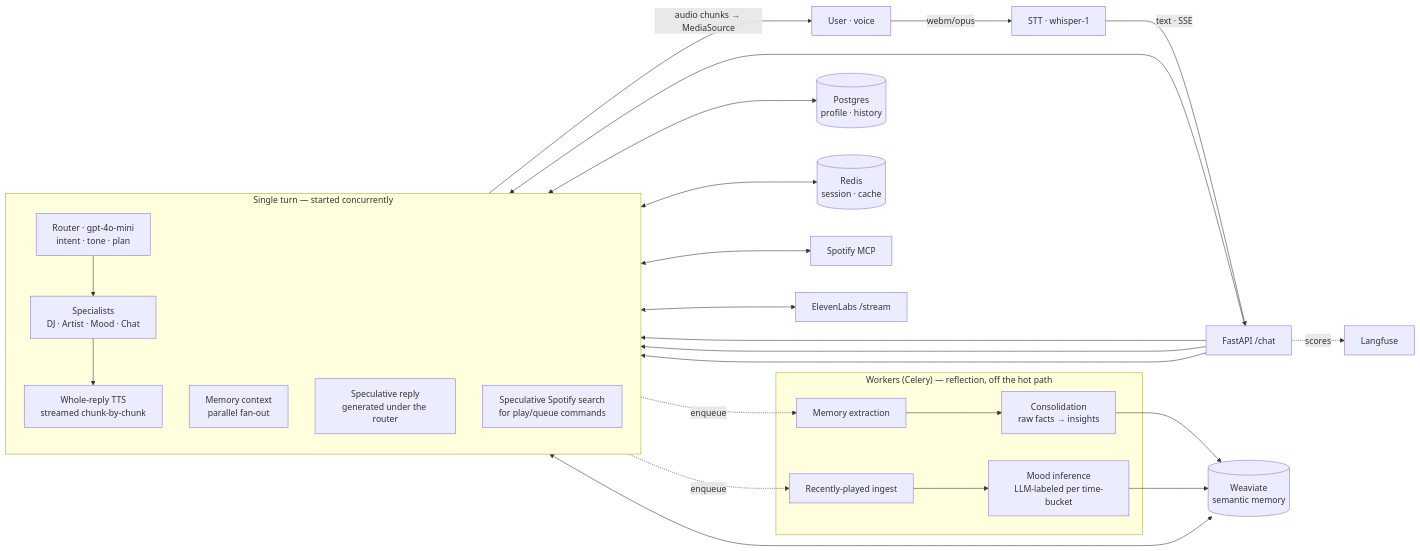
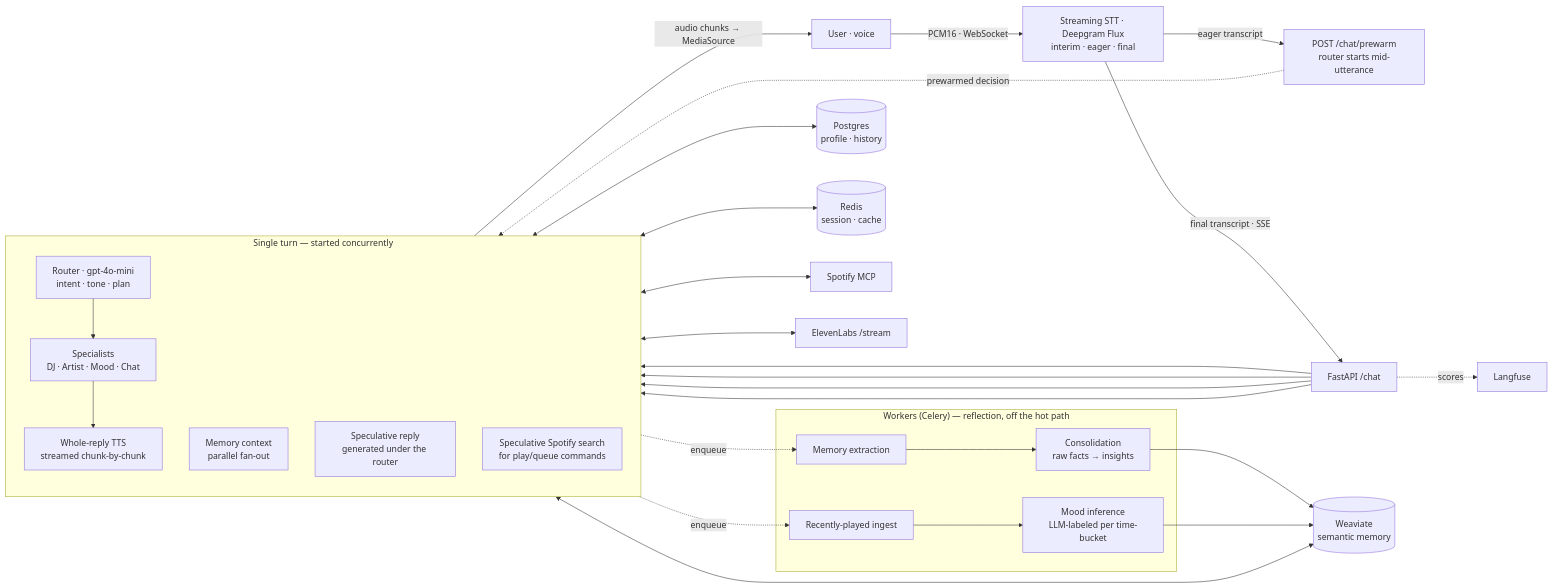
The diagram in README.md (koladefaj/gia), drawn with Mermaid before and after one commit. The commit also changed other lines of this file, not shown here.

First line of the commit message:
README: document streaming STT (Deepgram Flux) + early-intent

````diff
--- a/README.md
+++ b/README.md
@@ -23,34 +23,36 @@
 ```mermaid
 flowchart LR
-    U[User · voice] -->|webm/opus| STT[STT · whisper-1]
-    STT -->|text · SSE| API[FastAPI /chat]
+    U[User · voice] -->|PCM16 · WebSocket| STT[Streaming STT · Deepgram Flux<br/>interim · eager · final]
+    STT -->|eager transcript| PRE[POST /chat/prewarm<br/>router starts mid-utterance]
+    STT -->|final transcript · SSE| API[FastAPI /chat]
 
     subgraph Turn["Single turn — started concurrently"]
         direction TB
         ROUTER[Router · gpt-4o-mini<br/>intent · tone · plan]
         MEM[Memory context<br/>parallel fan-out]
         SPECREPLY[Speculative reply<br/>generated under the router]
         SPECSEARCH[Speculative Spotify search<br/>for play/queue commands]
         SPEC[Specialists<br/>DJ · Artist · Mood · Chat]
         TTS[Whole-reply TTS<br/>streamed chunk-by-chunk]
     end
 
     API --> ROUTER & MEM & SPECREPLY & SPECSEARCH
+    PRE -.prewarmed decision.-> ROUTER
     ROUTER --> SPEC --> TTS -->|audio chunks → MediaSource| U
 
     MEM <--> WV[(Weaviate<br/>semantic memory)]
     MEM <--> PG[(Postgres<br/>profile · history)]
     MEM <--> RD[(Redis<br/>session · cache)]
     SPEC <--> MCP[Spotify MCP]
     TTS <--> EL[ElevenLabs /stream]
 
     subgraph Background["Workers (Celery) — reflection, off the hot path"]
         EXT[Memory extraction] --> CONS[Consolidation<br/>raw facts → insights]
         ING[Recently-played ingest] --> MOOD[Mood inference<br/>LLM-labeled per time-bucket]
     end
 
     TTS -.enqueue.-> EXT & ING
     CONS --> WV
     MOOD --> WV
     API -.scores.-> LF[Langfuse]
 ```
````
